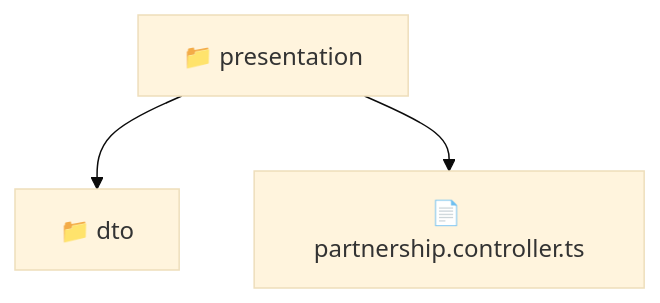
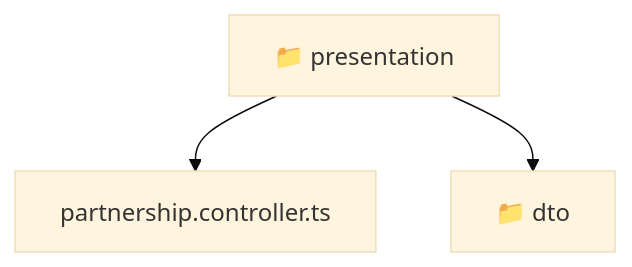
One commit to beginwebdev2002/fullstack-mavluda changed the diagram in backend/src/modules/partnership/presentation/README.md. Above: the diagram before and after it, drawn with Mermaid (base theme). The commit also changed other lines of this file and 167 other files, not shown here.

````diff
--- a/backend/src/modules/partnership/presentation/README.md
+++ b/backend/src/modules/partnership/presentation/README.md
@@ -9,6 +9,8 @@
 ```mermaid
 graph TD
-  Root["📁 presentation"]
-  Root --> dto["📁 dto"]
-  Root --> partnership_controller_ts["📄 partnership.controller.ts"]
+  Root_presentation["📁 presentation"]
+  f_partnership_controller_ts["partnership.controller.ts"]
+  Root_presentation --> f_partnership_controller_ts
+  f_dto["📁 dto"]
+  Root_presentation --> f_dto
 ```
````
